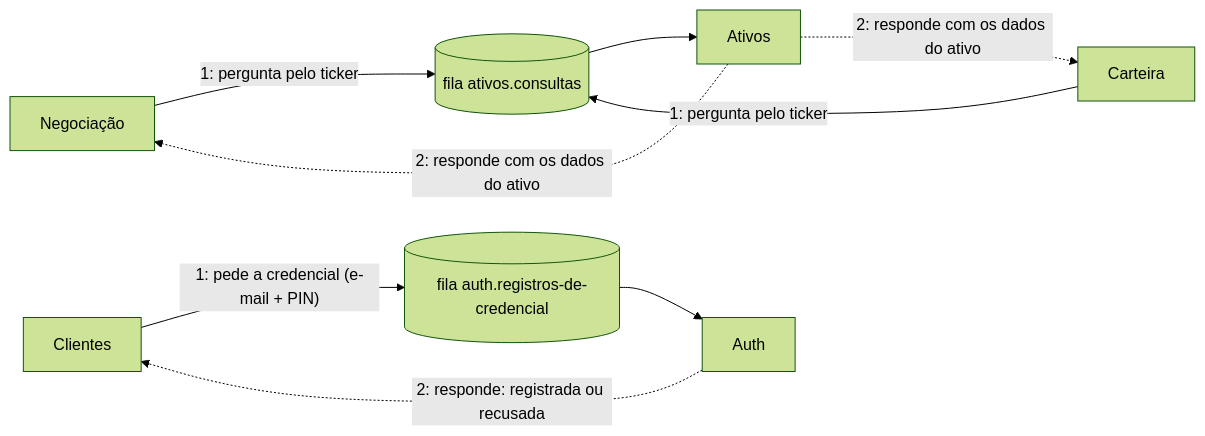
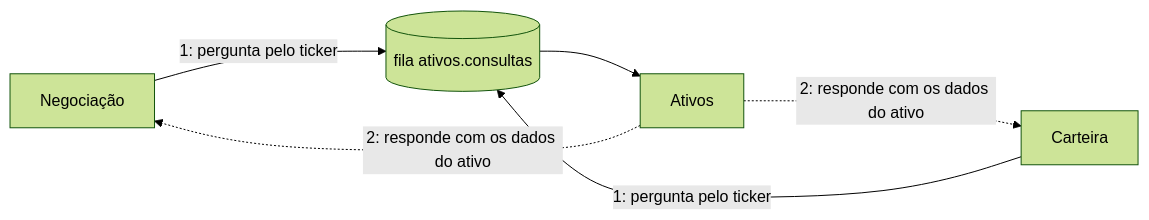
One commit to Endrigogustavo/OrbitaPay changed the third of 8 diagrams in docs/comunicacao.md. Above: the diagram before and after it, drawn with Mermaid (forest theme). The commit also changed other lines of this file and 53 other files, not shown here.

````diff
--- a/docs/comunicacao.md
+++ b/docs/comunicacao.md
@@ -97,11 +97,7 @@
 ```mermaid
 flowchart LR
     NEG["Negociação"] -->|"1: pergunta pelo ticker"| Q_ATV[("fila ativos.consultas")]
     CAR["Carteira"] -->|"1: pergunta pelo ticker"| Q_ATV
     Q_ATV --> ATV["Ativos"]
     ATV -.->|"2: responde com os dados do ativo"| NEG & CAR
-
-    CLI["Clientes"] -->|"1: pede a credencial (e-mail + PIN)"| Q_REG[("fila auth.registros-de-credencial")]
-    Q_REG --> AUT["Auth"]
-    AUT -.->|"2: responde: registrada ou recusada"| CLI
 ```
````
